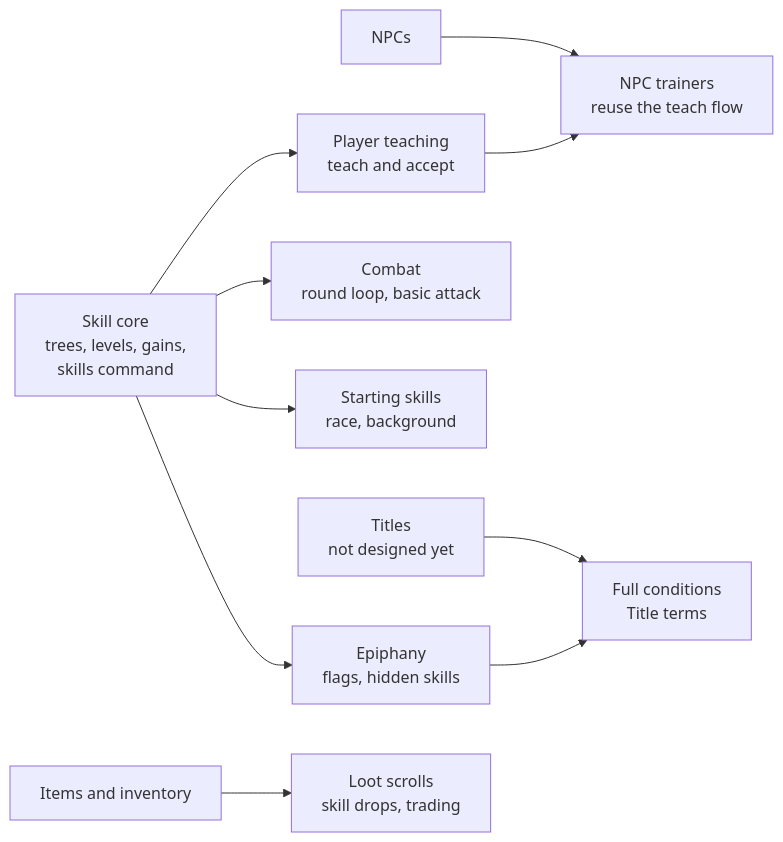
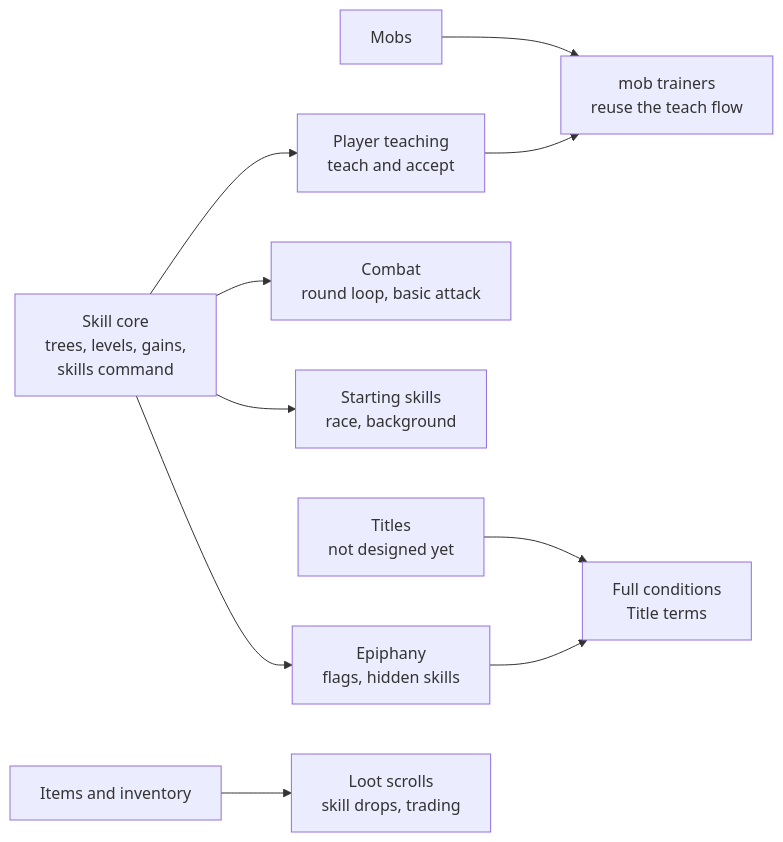
The diagram in docs/skills.md (Aaqibhafeezkhan/riftward), drawn with Mermaid before and after one commit. The commit also changed other lines of this file and 7 other files, not shown here.

````diff
--- a/docs/skills.md
+++ b/docs/skills.md
@@ -205,12 +205,12 @@
 ```mermaid
 flowchart LR
     core[Skill core<br/>trees, levels, gains,<br/>skills command] --> teach[Player teaching<br/>teach and accept]
     core --> epiphany[Epiphany<br/>flags, hidden skills]
     core --> combat[Combat<br/>round loop, basic attack]
     core --> start[Starting skills<br/>race, background]
-    npcs[NPCs] --> trainers[NPC trainers<br/>reuse the teach flow]
+    mobs[Mobs] --> trainers[mob trainers<br/>reuse the teach flow]
     teach --> trainers
     titles[Titles<br/>not designed yet] --> conditions[Full conditions<br/>Title terms]
     epiphany --> conditions
     items[Items and inventory] --> scrolls[Loot scrolls<br/>skill drops, trading]
 ```
````
